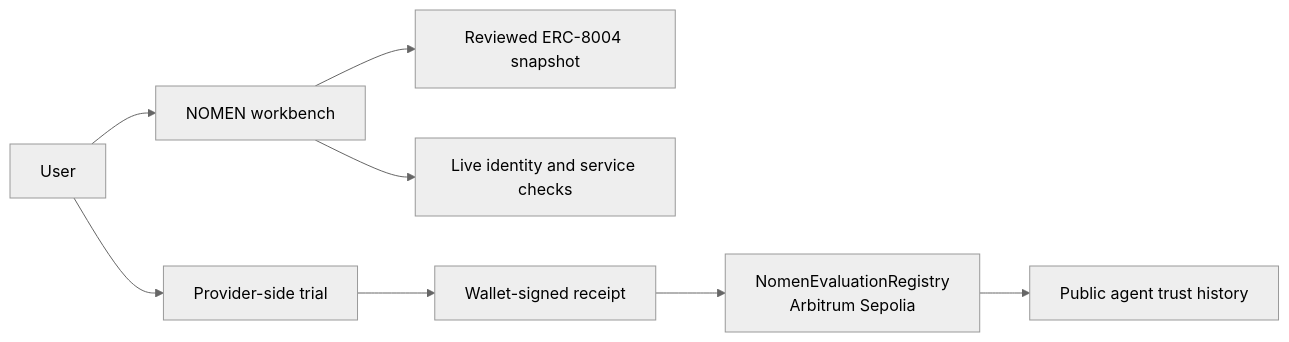
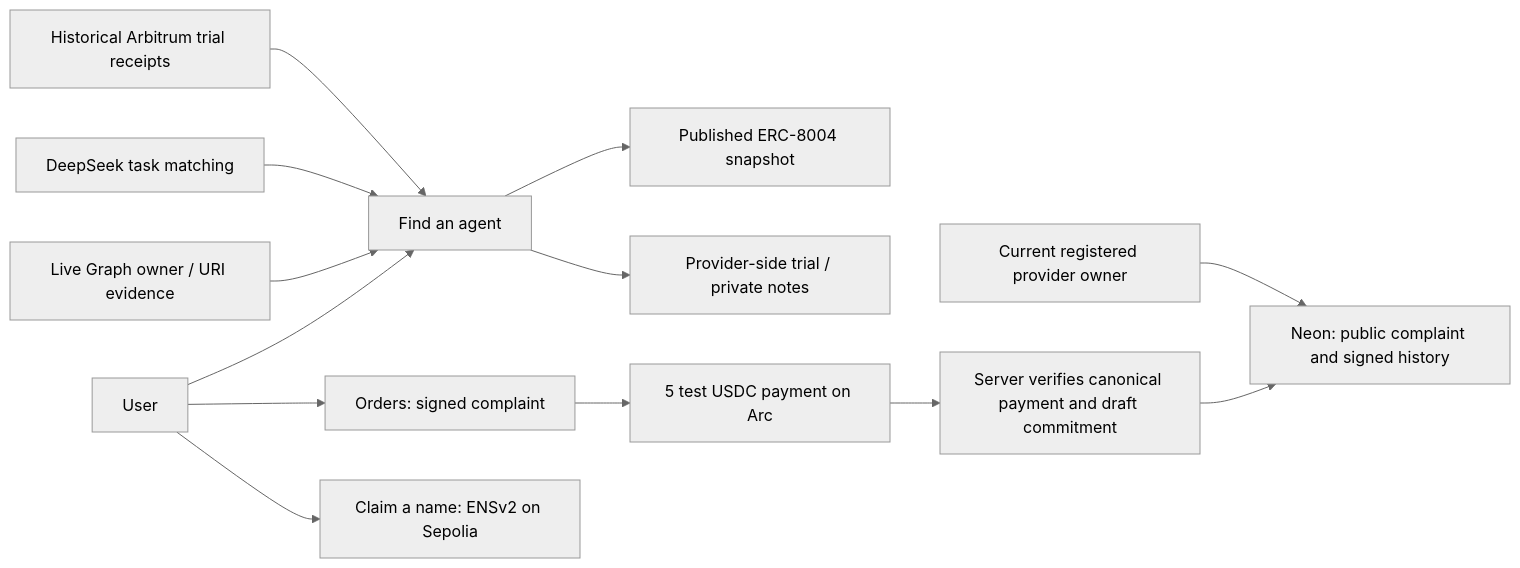
The diagram in README.md (Foreveranka/nomen), drawn with Mermaid (neutral theme) before and after one commit. The commit also changed other lines of this file and 93 other files, not shown here.

Commit message:
Publish paid complaint records, wallet selection and current submission docs

````diff
--- a/README.md
+++ b/README.md
@@ -21,10 +22,15 @@
 ```mermaid
 flowchart LR
-    U[User] --> W[NOMEN workbench]
-    W --> S[Reviewed ERC-8004 snapshot]
-    W --> L[Live identity and service checks]
-    U --> P[Provider-side trial]
-    P --> R[Wallet-signed receipt]
-    R --> A[NomenEvaluationRegistry<br/>Arbitrum Sepolia]
-    A --> H[Public agent trust history]
+    U[User] --> W[Find an agent]
+    W --> S[Published ERC-8004 snapshot]
+    G[Live Graph owner / URI evidence] --> W
+    D[DeepSeek task matching] --> W
+    W --> T[Provider-side trial / private notes]
+    U --> O[Orders: signed complaint]
+    O --> A[5 test USDC payment on Arc]
+    A --> V[Server verifies canonical payment and draft commitment]
+    V --> DB[Neon: public complaint and signed history]
+    P[Current registered provider owner] --> DB
+    U --> E[Claim a name: ENSv2 on Sepolia]
+    H[Historical Arbitrum trial receipts] --> W
 ```
````
